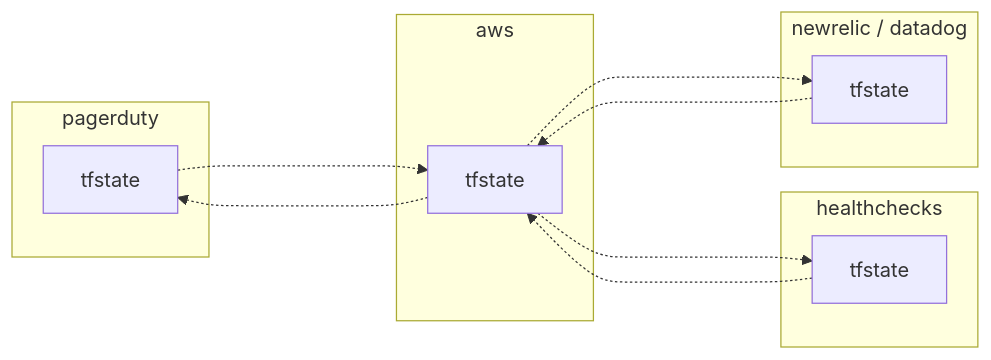
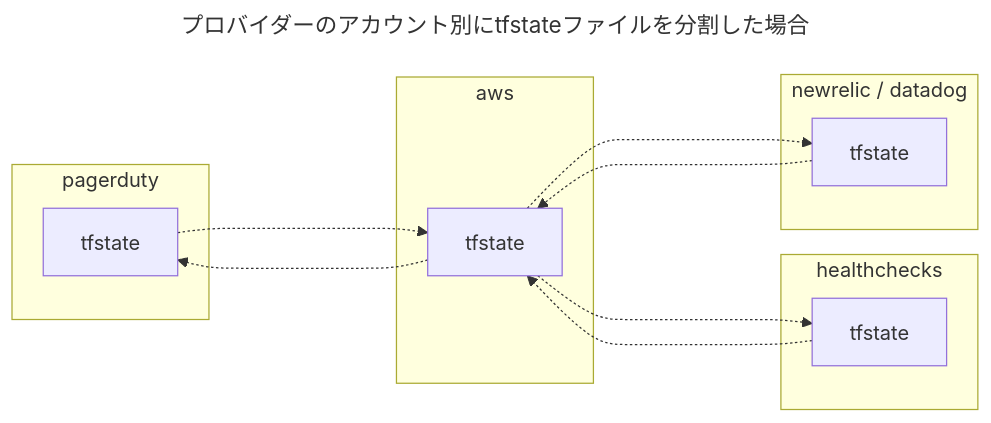
The fifth of 12 diagrams in dist/draft/Terraformのtfstateファイルの分割手法.md (hiroki-it/hatenablog), drawn with Mermaid before and after one commit. The commit also changed other lines of this file, not shown here.

````diff
--- a/dist/draft/Terraformのtfstateファイルの分割手法.md
+++ b/dist/draft/Terraformのtfstateファイルの分割手法.md
@@ -454,22 +466,25 @@
 ```mermaid
+---
+title: プロバイダーのアカウント別にtfstateファイルを分割した場合
+---
 %%{init:{'theme':'natural'}}%%
 flowchart LR
     subgraph pagerduty
         PagerDuty["tfstate"]
     end
     subgraph healthchecks
         Healthchecks[tfstate]
     end
     subgraph newrelic / datadog
         Newrelic_Datadog[tfstate]
     end
     subgraph aws
         Aws[tfstate]
     end
     Aws -...-> Newrelic_Datadog
     Aws -...-> Healthchecks
     Aws -...-> PagerDuty
     Newrelic_Datadog -...-> Aws
     Healthchecks -...-> Aws
     PagerDuty -...-> Aws
 ```
````
